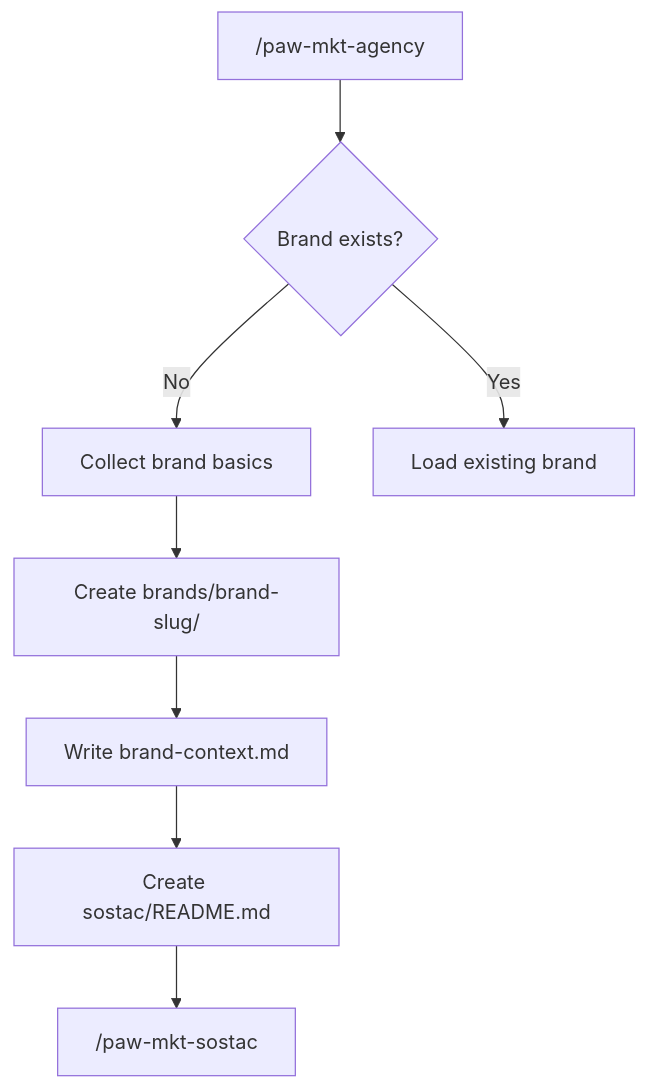
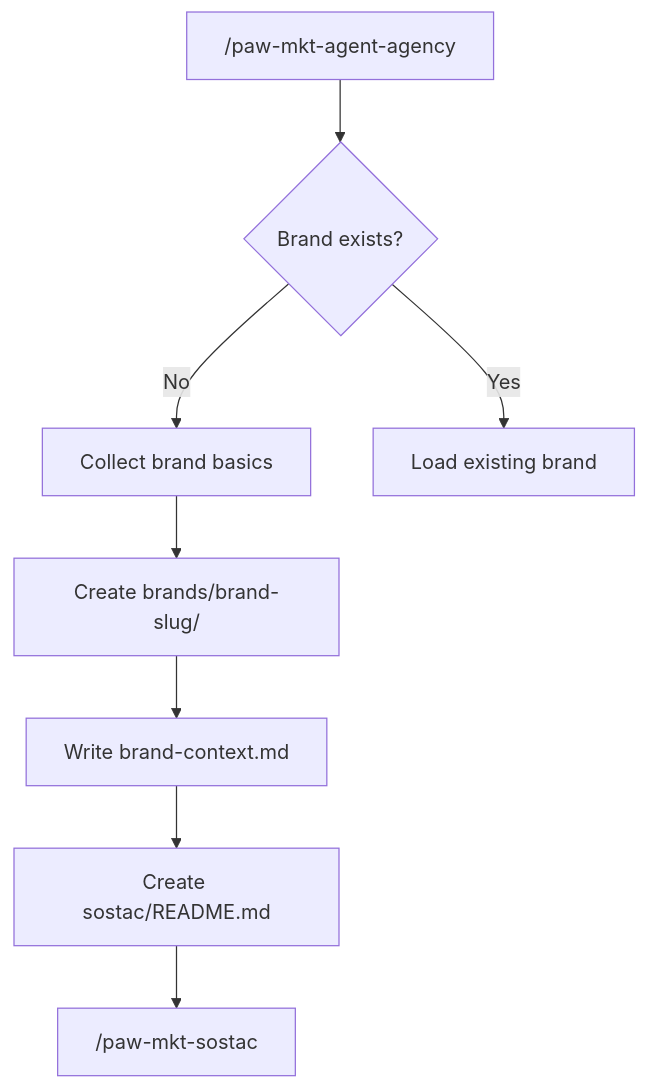
Before and after one commit to pawbytes/skill-suites: the diagram in docs/marketing/workflows/new-brand-onboarding.md, drawn with Mermaid. The commit also changed other lines of this file and 73 other files, not shown here.

````diff
--- a/docs/marketing/workflows/new-brand-onboarding.md
+++ b/docs/marketing/workflows/new-brand-onboarding.md
@@ -43,10 +43,10 @@
 ```mermaid
 flowchart TD
-    A["#sol;paw-mkt-agency"] --> B{Brand exists?}
+    A["#sol;paw-mkt-agent-agency"] --> B{Brand exists?}
     B -- No --> C[Collect brand basics]
     C --> D["Create brands/brand-slug/"]
     D --> E["Write brand-context.md"]
     E --> F["Create sostac/README.md"]
     F --> G["#sol;paw-mkt-sostac"]
     B -- Yes --> H[Load existing brand]
 ```
````
